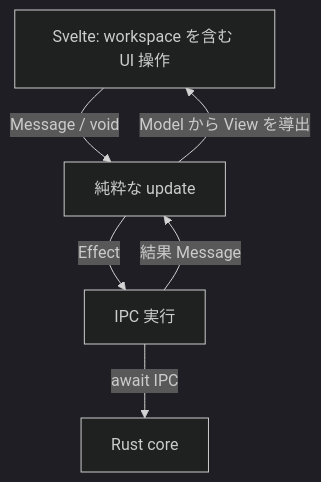
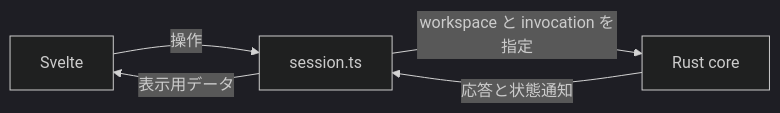
Before and after one commit to OhataKenji/zeal: the diagram in docs/design/session-state.md, drawn with Mermaid (dark theme). The commit also changed other lines of this file and 9 other files, not shown here.

Commit message:
Replace session message loop with direct async operations

````diff
--- a/docs/design/session-state.md
+++ b/docs/design/session-state.md
@@ -38,8 +14,7 @@
 ```mermaid
-flowchart TD
-  UI[Svelte: workspace を含む UI 操作] -->|Message / void| Update[純粋な update]
-  Update -->|Model から View を導出| UI
-  Update -->|Effect| Runner[IPC 実行]
-  Runner -->|結果 Message| Update
-  Runner -->|await IPC| Core[Rust core]
+flowchart LR
+  UI[Svelte] -->|操作| Session[session.ts]
+  Session -->|表示用データ| UI
+  Session -->|workspace と invocation を指定| Core[Rust core]
+  Core -->|応答と状態通知| Session
 ```
````
